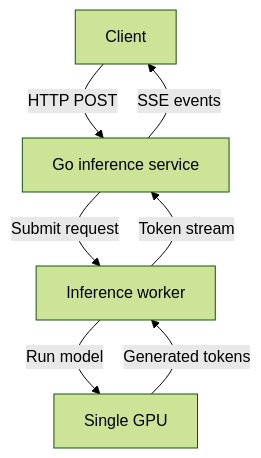
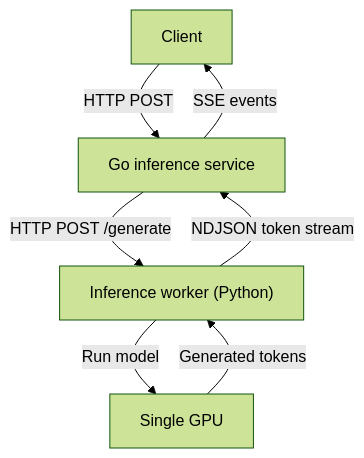
Before and after one commit to anyxling/Go-Inference-Server: the diagram in design_doc.md, drawn with Mermaid (forest theme). The commit also changed other lines of this file, not shown here.

Commit message:
update design doc - add worker

````diff
--- a/design_doc.md
+++ b/design_doc.md
@@ -9,9 +9,9 @@
 ```mermaid
 flowchart TD
     C["Client"] -->|"HTTP POST"| G["Go inference service"]
-    G -->|"Submit request"| W["Inference worker"]
+    G -->|"HTTP POST /generate"| W["Inference worker (Python)"]
     W -->|"Run model"| GPU["Single GPU"]
     GPU -->|"Generated tokens"| W
-    W -->|"Token stream"| G
+    W -->|"NDJSON token stream"| G
     G -->|"SSE events"| C
 ```
````
